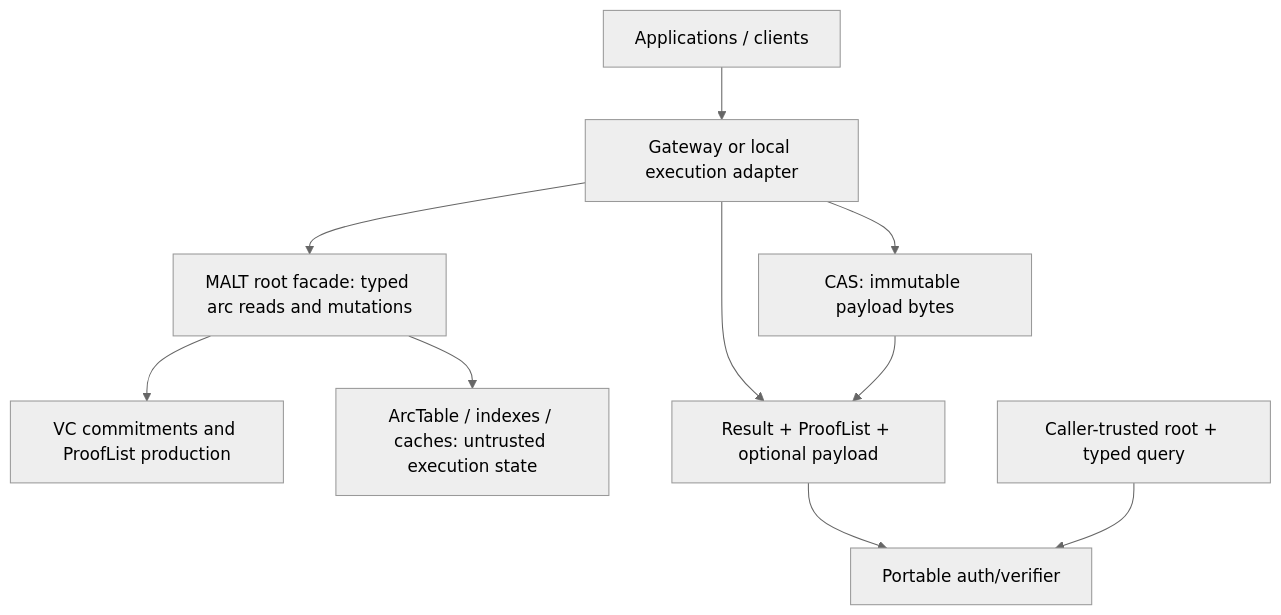
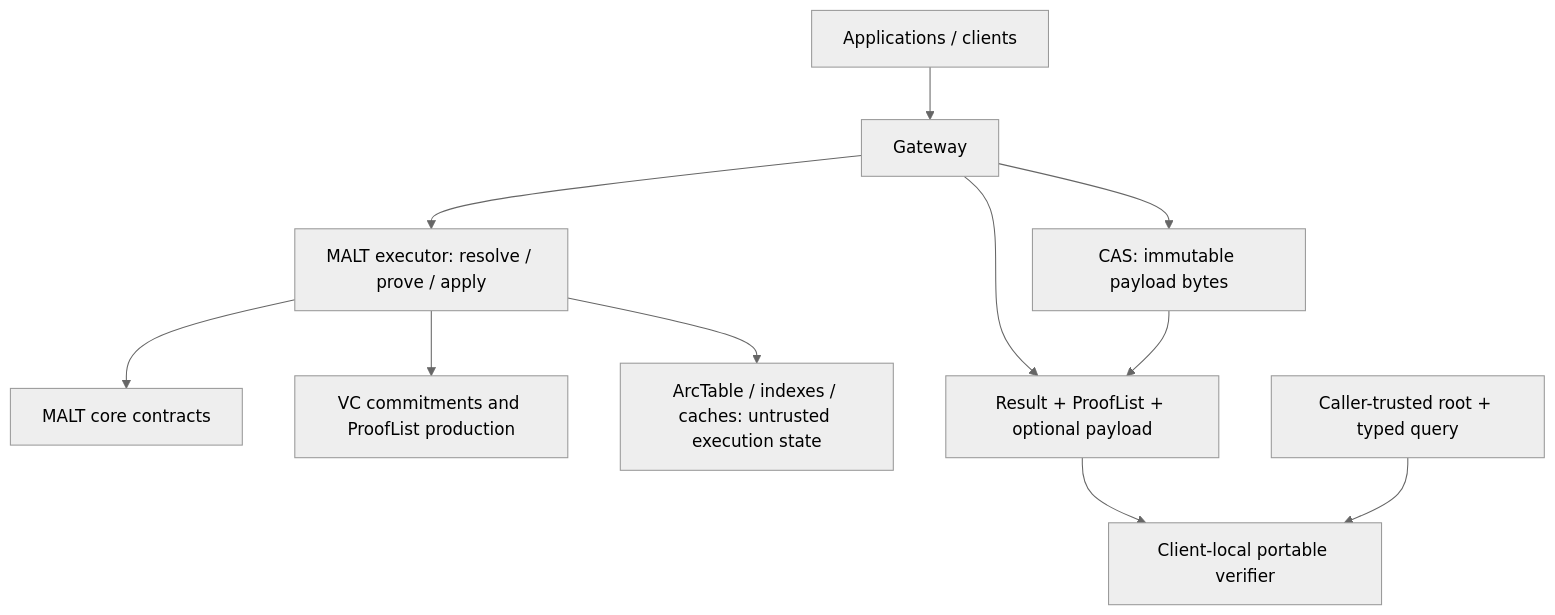
Before and after one commit to DeWebProtocol/.github: the first of 2 diagrams in profile/README.md, drawn with Mermaid (neutral theme). The commit also changed other lines of this file, not shown here.

First line of the commit message:
docs: clarify MALT trust boundaries

````diff
--- a/profile/README.md
+++ b/profile/README.md
@@ -93,12 +97,13 @@
 ```mermaid
 flowchart TB
-  app["Applications / clients"] --> gateway["Gateway or local execution adapter"]
-  gateway --> core["MALT root facade: typed arc reads and mutations"]
+  app["Applications / clients"] --> gateway["Gateway"]
+  gateway --> executor["MALT executor: resolve / prove / apply"]
+  executor --> core["MALT core contracts"]
   gateway --> cas["CAS: immutable payload bytes"]
-  core --> vc["VC commitments and ProofList production"]
-  core --> materialized["ArcTable / indexes / caches: untrusted execution state"]
+  executor --> vc["VC commitments and ProofList production"]
+  executor --> materialized["ArcTable / indexes / caches: untrusted execution state"]
   gateway --> response["Result + ProofList + optional payload"]
   cas --> response
-  response --> verifier["Portable auth/verifier"]
+  response --> verifier["Client-local portable verifier"]
   root["Caller-trusted root + typed query"] --> verifier
 ```
````
